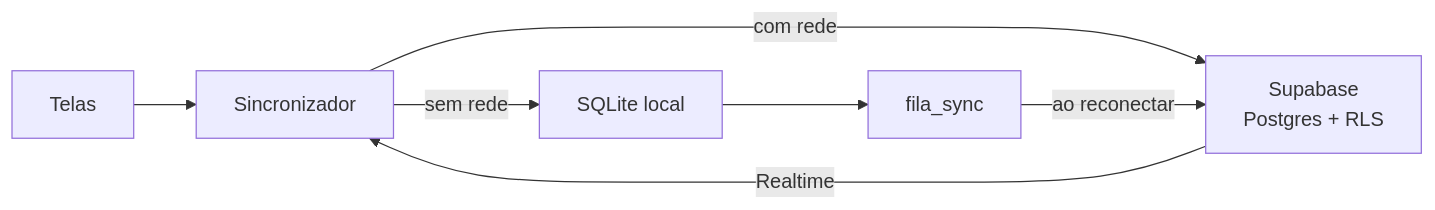
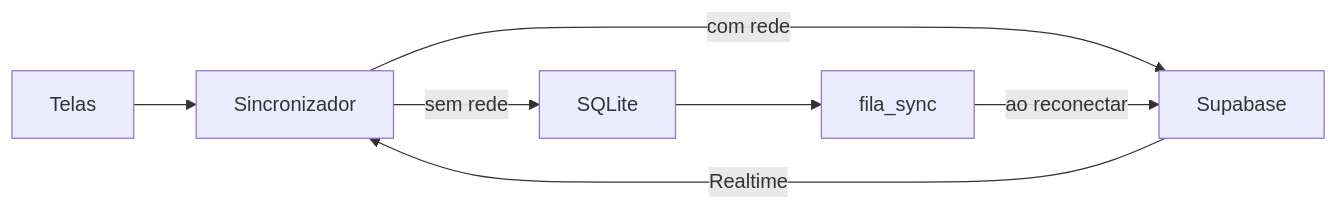
The fourth of 4 diagrams in .github/README.md (CFSJCODE/MistakeMap), drawn with Mermaid before and after one commit. The commit also changed other lines of this file, not shown here.

First line of the commit message:
docs(readme): reescreve o README com apresentação comercial e técnica

````diff
--- a/.github/README.md
+++ b/.github/README.md
@@ -1394,9 +259,9 @@
 ```mermaid
 flowchart LR
     UI["Telas"] --> S["Sincronizador"]
-    S -->|"com rede"| SB["Supabase<br/>Postgres + RLS"]
-    S -->|"sem rede"| DB["SQLite local"]
+    S -->|"com rede"| SB["Supabase"]
+    S -->|"sem rede"| DB["SQLite"]
     DB --> Q["fila_sync"]
     Q -->|"ao reconectar"| SB
     SB -->|"Realtime"| S
 ```
````
